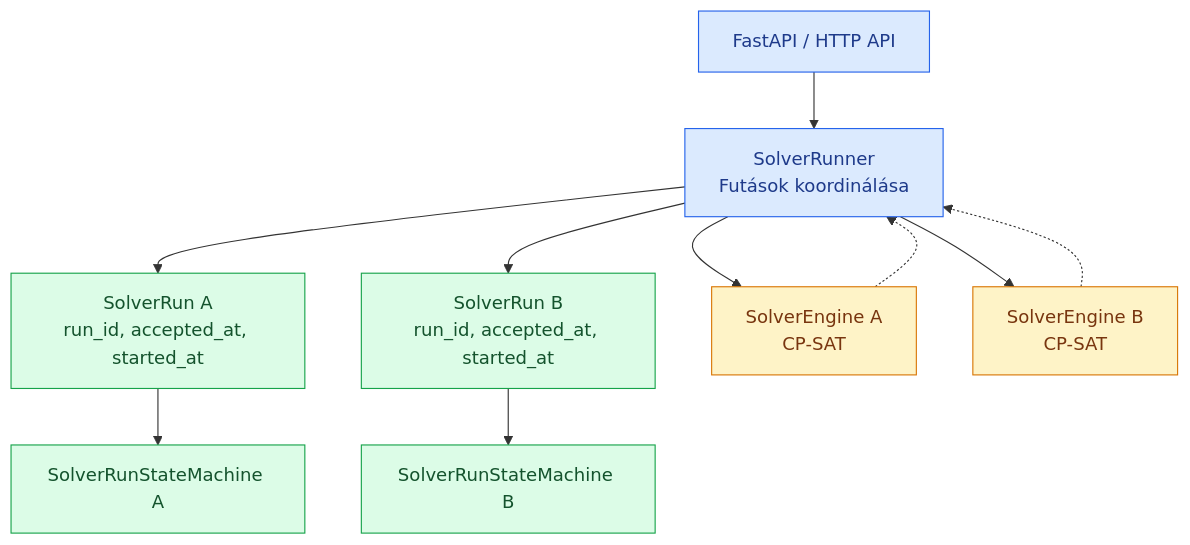
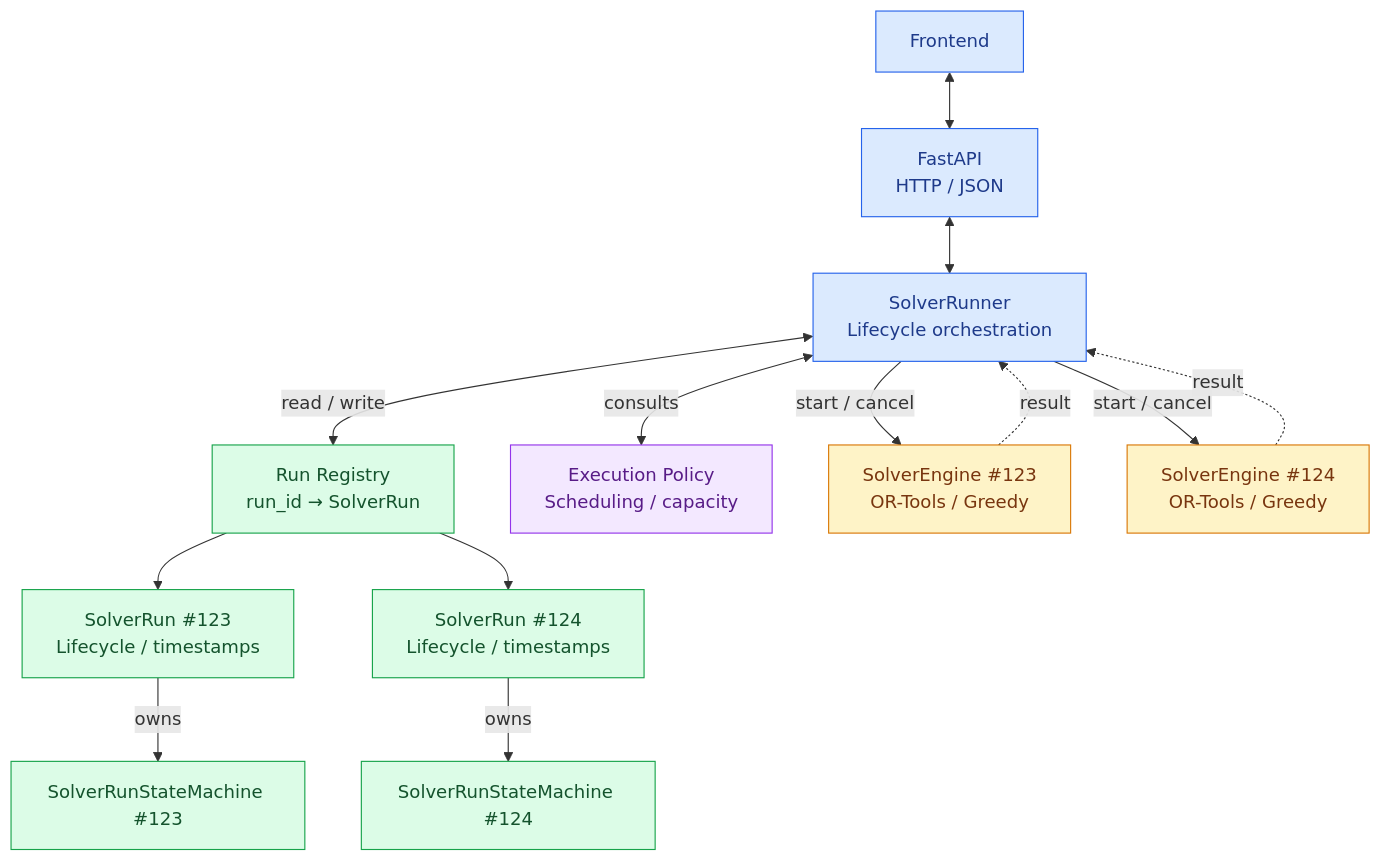
One commit to klaudia021/Beosztasmester changed the first of 3 diagrams in Solver/docs/solver_lifecycle_architecture.md. Above: the diagram before and after it, drawn with Mermaid. The commit also changed other lines of this file, not shown here.

Commit message:
docs(solver): extend lifecycle architecture diagrams

````diff
--- a/Solver/docs/solver_lifecycle_architecture.md
+++ b/Solver/docs/solver_lifecycle_architecture.md
@@ -14,28 +17,45 @@
 ```mermaid
-flowchart TD
-    API["FastAPI / HTTP API"]
-    R["SolverRunner<br/>Futások koordinálása"]
-    A["SolverRun A<br/>run_id, accepted_at, started_at"]
-    B["SolverRun B<br/>run_id, accepted_at, started_at"]
-    SMA["SolverRunStateMachine A"]
-    SMB["SolverRunStateMachine B"]
-    EA["SolverEngine A<br/>CP-SAT"]
-    EB["SolverEngine B<br/>CP-SAT"]
+flowchart TB
+    FE["Frontend"]
+    API["FastAPI<br/>HTTP / JSON"]
+    RUNNER["SolverRunner<br/>Lifecycle orchestration"]
 
-    API --> R
-    R --> A
-    R --> B
-    A --> SMA
-    B --> SMB
-    R --> EA
-    R --> EB
-    EA -.-> R
-    EB -.-> R
+    REG["Run Registry<br/>run_id → SolverRun"]
+    SCHED["Execution Policy<br/>Scheduling / capacity"]
+
+    R1["SolverRun #123<br/>Lifecycle / timestamps"]
+    R2["SolverRun #124<br/>Lifecycle / timestamps"]
+    SM1["SolverRunStateMachine #123"]
+    SM2["SolverRunStateMachine #124"]
+
+    E1["SolverEngine #123<br/>OR-Tools / Greedy"]
+    E2["SolverEngine #124<br/>OR-Tools / Greedy"]
+
+    FE <--> API
+    API <--> RUNNER
+
+    RUNNER <-->|read / write| REG
+    RUNNER <-->|consults| SCHED
+
+    REG --> R1
+    REG --> R2
+
+    R1 -->|owns| SM1
+    R2 -->|owns| SM2
+
+    RUNNER -->|start / cancel| E1
+    RUNNER -->|start / cancel| E2
+
+    E1 -.->|result| RUNNER
+    E2 -.->|result| RUNNER
 
     classDef control fill:#dbeafe,stroke:#2563eb,color:#1e3a8a
     classDef model fill:#dcfce7,stroke:#16a34a,color:#14532d
     classDef engine fill:#fef3c7,stroke:#d97706,color:#78350f
-    class API,R control
-    class A,B,SMA,SMB model
-    class EA,EB engine
+    classDef policy fill:#f3e8ff,stroke:#9333ea,color:#581c87
+
+    class FE,API,RUNNER control
+    class REG,R1,R2,SM1,SM2 model
+    class E1,E2 engine
+    class SCHED policy
 ```
````
